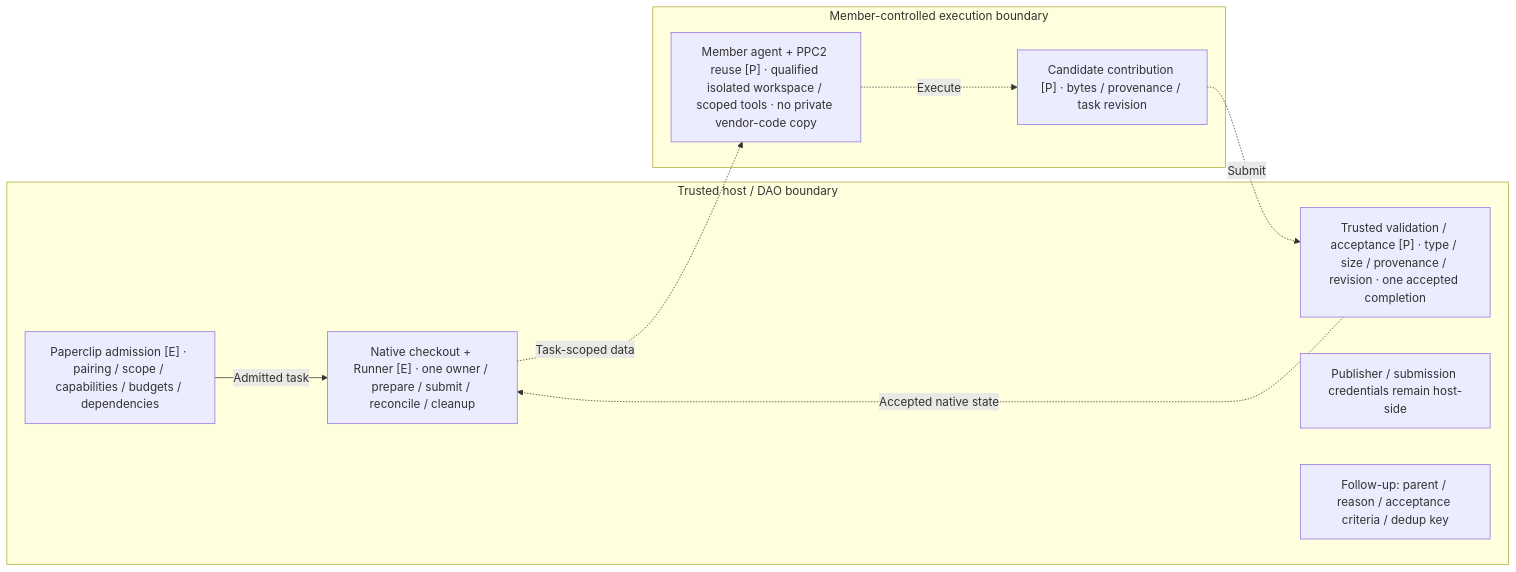
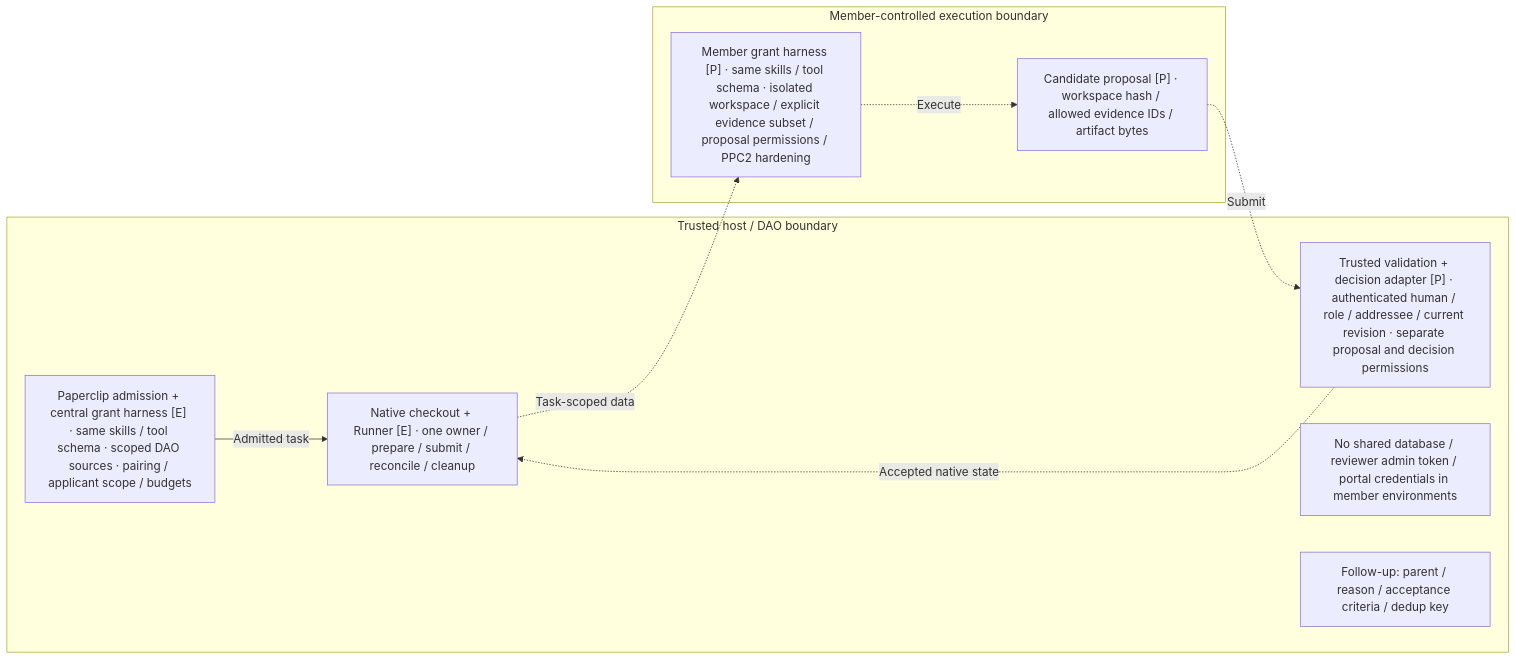
The diagram in docs/architecture/diagrams/member-execution.mmd (NetRxn/Inertia), drawn with Mermaid before and after one commit. The commit also changed 14 other files, not shown here.

Commit message:
docs: clarify native Paperclip grant workflow and human review architecture

```diff
--- a/docs/architecture/diagrams/member-execution.mmd
+++ b/docs/architecture/diagrams/member-execution.mmd
@@ -1,17 +1,17 @@
 flowchart LR
  subgraph T[Trusted host / DAO boundary]
- A["Paperclip admission [E] · pairing / scope / capabilities / budgets / dependencies"]
+ A["Paperclip admission + central grant harness [E] · same skills / tool schema · scoped DAO sources · pairing / applicant scope / budgets"]
  B["Native checkout + Runner [E] · one owner / prepare / submit / reconcile / cleanup"]
- E["Trusted validation / acceptance [P] · type / size / provenance / revision · one accepted completion"]
- K["Publisher / submission credentials remain host-side"]
+ E["Trusted validation + decision adapter [P] · authenticated human / role / addressee / current revision · separate proposal and decision permissions"]
+ K["No shared database / reviewer admin token / portal credentials in member environments"]
  F["Follow-up: parent / reason / acceptance criteria / dedup key"]
  end
  subgraph M[Member-controlled execution boundary]
- C["Member agent + PPC2 reuse [P] · qualified isolated workspace / scoped tools · no private vendor-code copy"]
- D["Candidate contribution [P] · bytes / provenance / task revision"]
+ C["Member grant harness [P] · same skills / tool schema · isolated workspace / explicit evidence subset / proposal permissions / PPC2 hardening"]
+ D["Candidate proposal [P] · workspace hash / allowed evidence IDs / artifact bytes"]
  end
  A -->|Admitted task| B
  B -.->|Task-scoped data| C
  C -.->|Execute| D
  D -.->|Submit| E
  E -.->|Accepted native state| B
```
